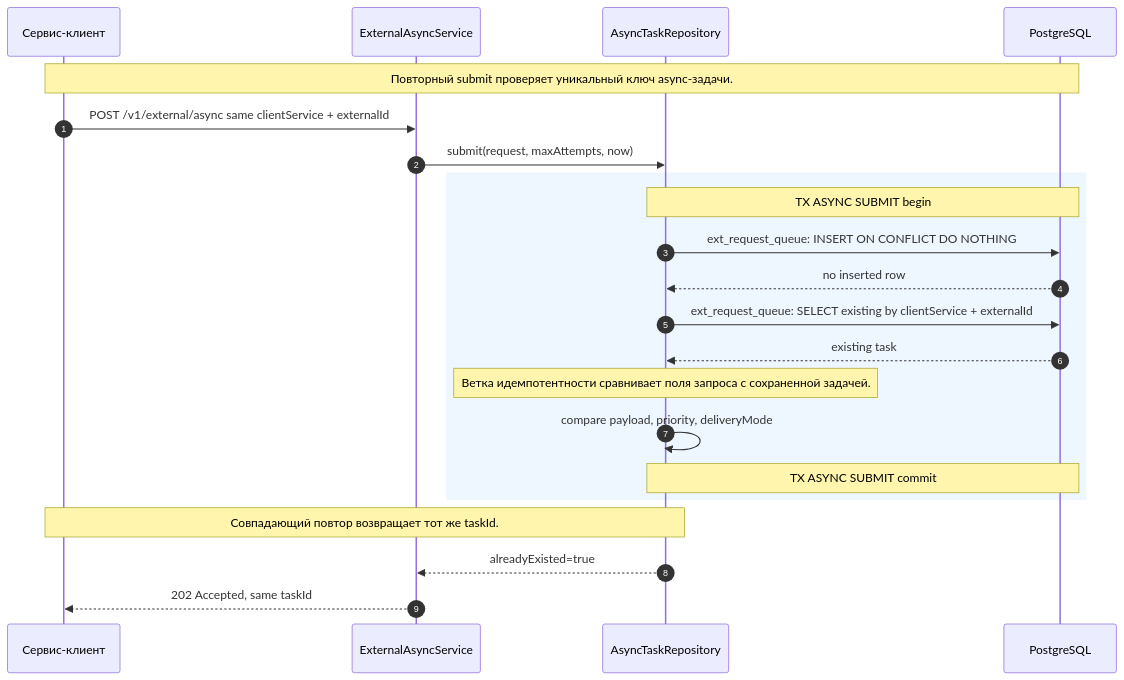
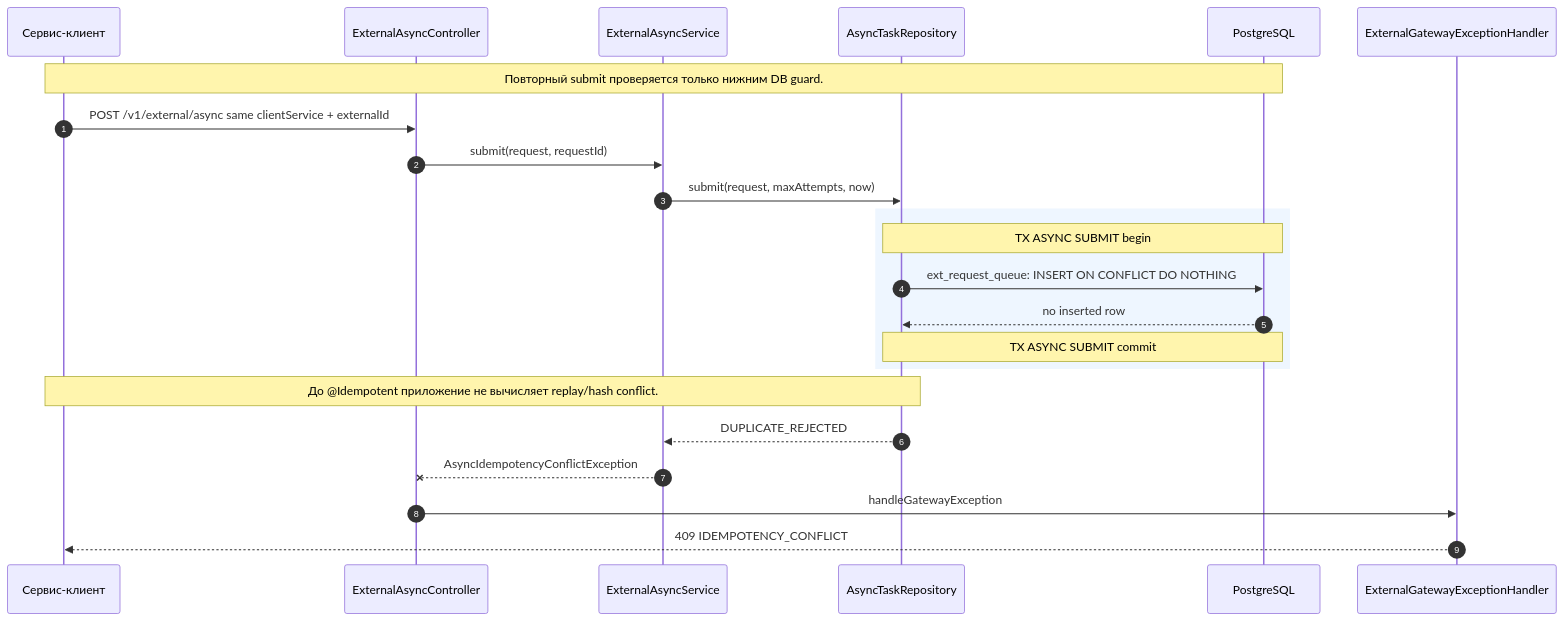
The second of 12 diagrams in docs/external-service-gateway/architecture/06-sequence-async.md (DenisVanin4402/TestQwenCli), drawn with Mermaid before and after one commit. The commit also changed other lines of this file and 28 other files, not shown here.

````diff
--- a/docs/external-service-gateway/architecture/06-sequence-async.md
+++ b/docs/external-service-gateway/architecture/06-sequence-async.md
@@ -59,25 +59,26 @@
 ```mermaid
 sequenceDiagram
     autonumber
     participant Client as Сервис-клиент
+    participant API as ExternalAsyncController
     participant Service as ExternalAsyncService
     participant Repo as AsyncTaskRepository
     participant DB as PostgreSQL
+    participant Errors as ExternalGatewayExceptionHandler
 
-    Note over Client,DB: Повторный submit проверяет уникальный ключ async-задачи.
-    Client->>Service: POST /v1/external/async same clientService + externalId
+    Note over Client,DB: Повторный submit проверяется только нижним DB guard.
+    Client->>API: POST /v1/external/async same clientService + externalId
+    API->>Service: submit(request, requestId)
     Service->>Repo: submit(request, maxAttempts, now)
     rect rgb(238, 246, 255)
         Note over Repo,DB: TX ASYNC SUBMIT begin
         Repo->>DB: ext_request_queue: INSERT ON CONFLICT DO NOTHING
         DB-->>Repo: no inserted row
-        Repo->>DB: ext_request_queue: SELECT existing by clientService + externalId
-        DB-->>Repo: existing task
-        Note over Repo: Ветка идемпотентности сравнивает поля запроса с сохраненной задачей.
-        Repo->>Repo: compare payload, priority, deliveryMode
         Note over Repo,DB: TX ASYNC SUBMIT commit
     end
-    Note over Repo,Client: Совпадающий повтор возвращает тот же taskId.
-    Repo-->>Service: alreadyExisted=true
-    Service-->>Client: 202 Accepted, same taskId
+    Note over Repo,Client: До @Idempotent приложение не вычисляет replay/hash conflict.
+    Repo-->>Service: DUPLICATE_REJECTED
+    Service--xAPI: AsyncIdempotencyConflictException
+    API->>Errors: handleGatewayException
+    Errors-->>Client: 409 IDEMPOTENCY_CONFLICT
 ```
````
